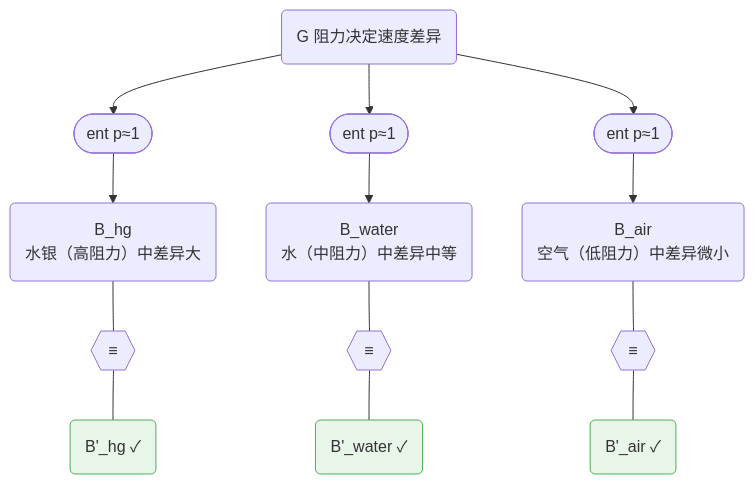
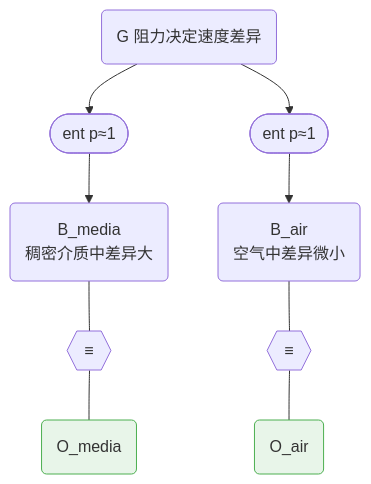
One commit to SiliconEinstein/Gaia changed the sixth of 9 diagrams in docs/foundations/theory/science-formalization.md. Above: the diagram before and after it, drawn with Mermaid. The commit also changed other lines of this file, not shown here.

First line of the commit message:
docs: align W₂ Part a with coarse graph inputs, fix Mermaid styling

````diff
--- a/docs/foundations/theory/science-formalization.md
+++ b/docs/foundations/theory/science-formalization.md
@@ -293,11 +294,9 @@
 ```mermaid
 graph TD
-    G("G 阻力决定速度差异") --> f1(["ent p≈1"]) --> Bhg("B_hg<br/>水银（高阻力）中差异大")
-    G --> f2(["ent p≈1"]) --> Bw("B_water<br/>水（中阻力）中差异中等")
-    G --> f3(["ent p≈1"]) --> Ba("B_air<br/>空气（低阻力）中差异微小")
-    Bhg --- eq1{{"≡"}} --- Bphg("B'_hg ✓"):::obs
-    Bw --- eq2{{"≡"}} --- Bpw("B'_water ✓"):::obs
-    Ba --- eq3{{"≡"}} --- Bpa("B'_air ✓"):::obs
+    G("G 阻力决定速度差异") --> f1(["ent p≈1"]) --> Bm("B_media<br/>稠密介质中差异大")
+    G --> f2(["ent p≈1"]) --> Ba("B_air<br/>空气中差异微小")
+    Bm --- eq1{{"≡"}} --- Omedia("O_media"):::obs
+    Ba --- eq2{{"≡"}} --- Oair("O_air"):::obs
 
     classDef obs fill:#e8f5e9,stroke:#4caf50
 ```
````
